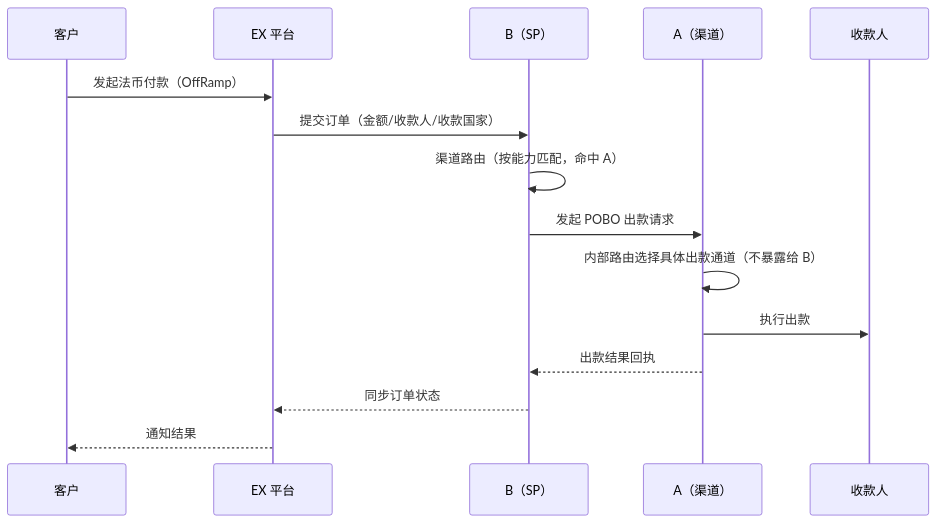
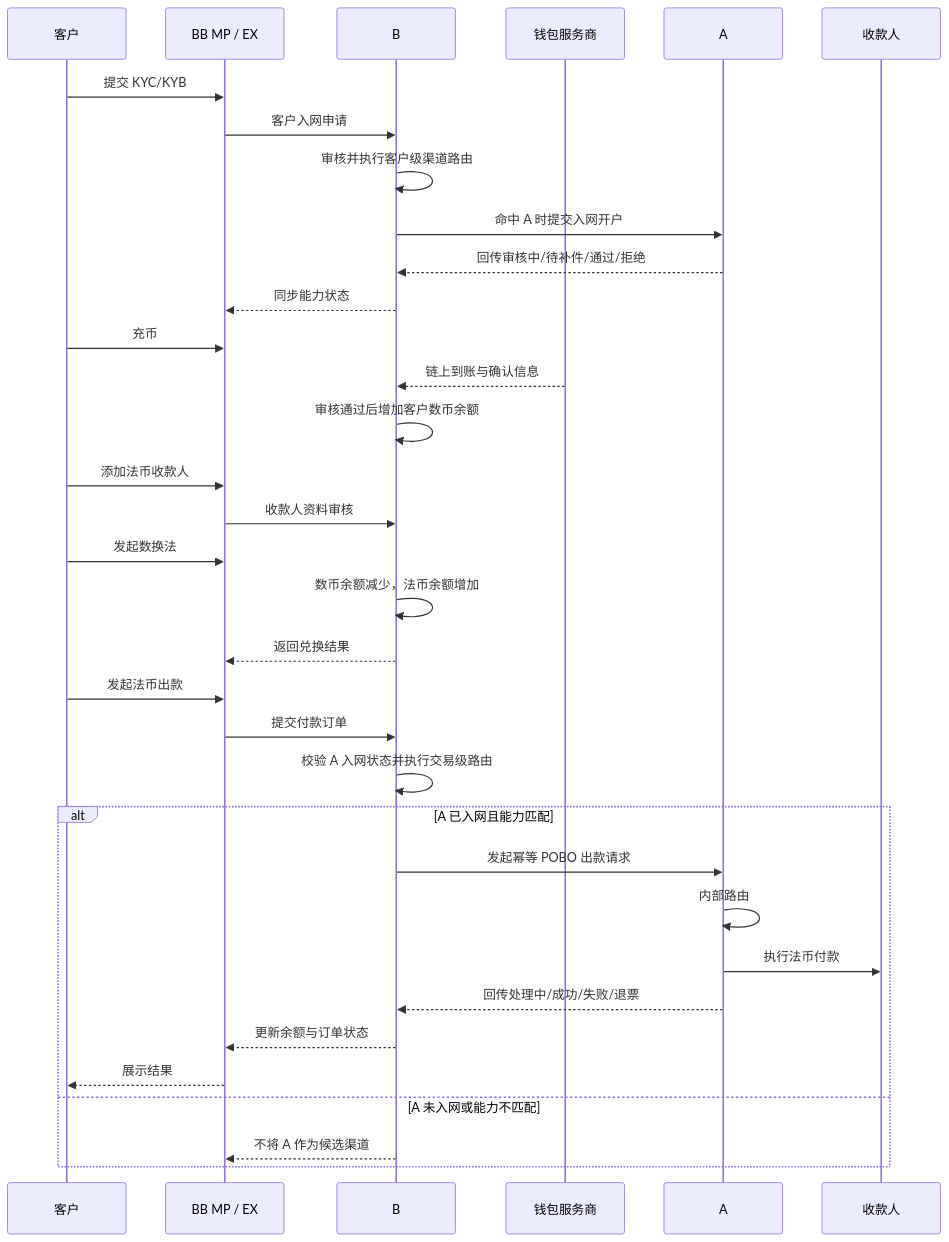
One commit to xiaoxiaoangie/EX-NEW changed the second of 3 diagrams in ABSolutions/B-A/AB互通-OffRamp方案.md. Above: the diagram before and after it, drawn with Mermaid. The commit also changed other lines of this file and 20 other files, not shown here.

````diff
--- a/ABSolutions/B-A/AB互通-OffRamp方案.md
+++ b/ABSolutions/B-A/AB互通-OffRamp方案.md
@@ -54,17 +182,40 @@
 ```mermaid
 sequenceDiagram
     participant C as 客户
-    participant EX as EX 平台
-    participant B as B（SP）
-    participant A as A（渠道）
-    participant OUT as 收款人
-    C->>EX: 发起法币付款（OffRamp）
-    EX->>B: 提交订单（金额/收款人/收款国家）
-    B->>B: 渠道路由（按能力匹配，命中 A）
-    B->>A: 发起 POBO 出款请求
-    A->>A: 内部路由选择具体出款通道（不暴露给 B）
-    A->>OUT: 执行出款
-    A-->>B: 出款结果回执
-    B-->>EX: 同步订单状态
-    EX-->>C: 通知结果
+    participant MP as BB MP / EX
+    participant B as B
+    participant W as 钱包服务商
+    participant A as A
+    participant P as 收款人
+
+    C->>MP: 提交 KYC/KYB
+    MP->>B: 客户入网申请
+    B->>B: 审核并执行客户级渠道路由
+    B->>A: 命中 A 时提交入网开户
+    A-->>B: 回传审核中/待补件/通过/拒绝
+    B-->>MP: 同步能力状态
+
+    C->>MP: 充币
+    W-->>B: 链上到账与确认信息
+    B->>B: 审核通过后增加客户数币余额
+    C->>MP: 添加法币收款人
+    MP->>B: 收款人资料审核
+
+    C->>MP: 发起数换法
+    B->>B: 数币余额减少，法币余额增加
+    B-->>MP: 返回兑换结果
+
+    C->>MP: 发起法币出款
+    MP->>B: 提交付款订单
+    B->>B: 校验 A 入网状态并执行交易级路由
+    alt A 已入网且能力匹配
+        B->>A: 发起幂等 POBO 出款请求
+        A->>A: 内部路由
+        A->>P: 执行法币付款
+        A-->>B: 回传处理中/成功/失败/退票
+        B-->>MP: 更新余额与订单状态
+        MP-->>C: 展示结果
+    else A 未入网或能力不匹配
+        B-->>MP: 不将 A 作为候选渠道
+    end
 ```
````
